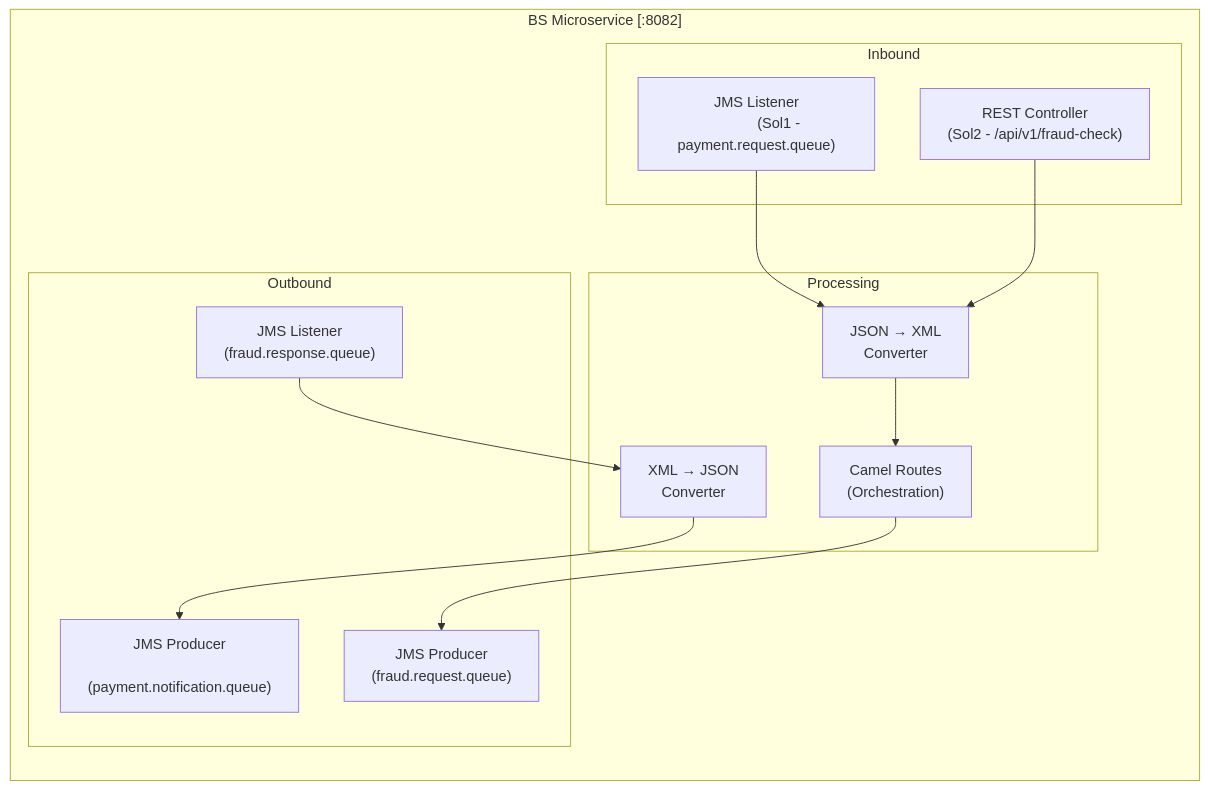
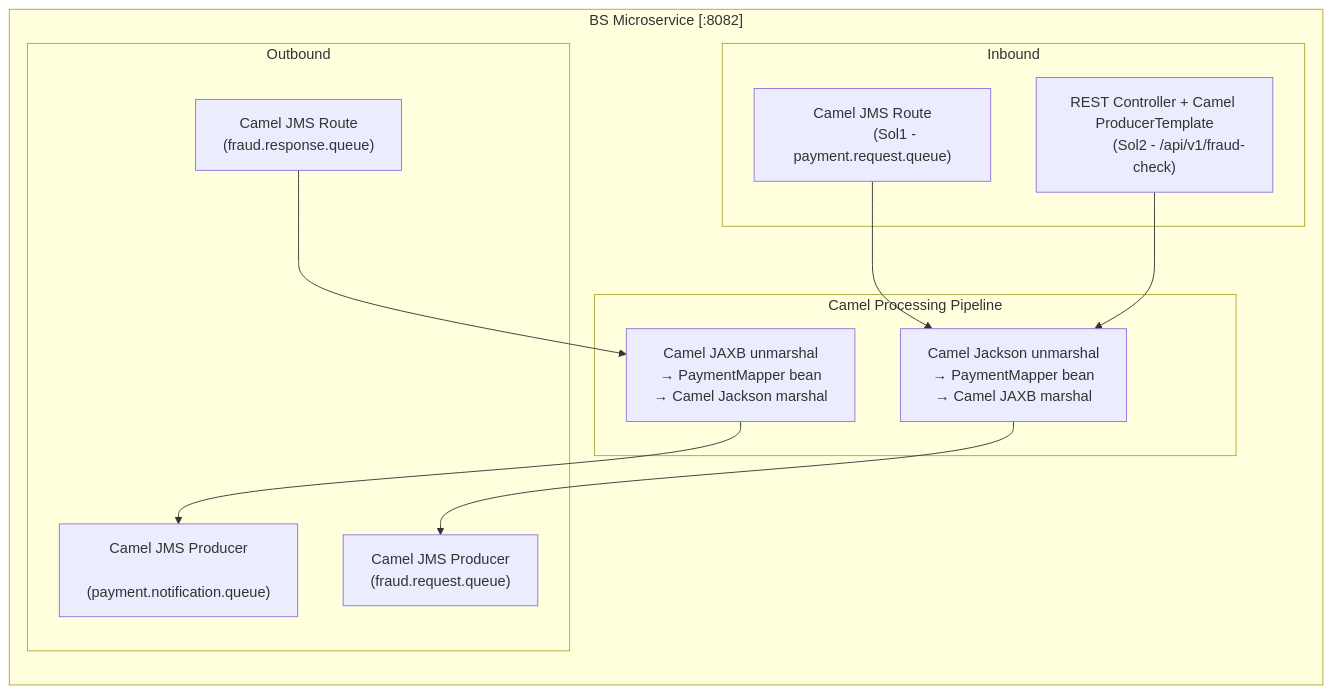
One commit to jayy2kok/poc-ip changed the third of 12 diagrams in docs/architecture.md. Above: the diagram before and after it, drawn with Mermaid. The commit also changed other lines of this file and 12 other files, not shown here.

````diff
--- a/docs/architecture.md
+++ b/docs/architecture.md
@@ -140,38 +143,37 @@
 ```mermaid
 graph TB
     subgraph "BS Microservice [:8082]"
         direction TB
 
         subgraph "Inbound"
-            JMS_IN["JMS Listener
+            JMS_IN["Camel JMS Route
             (Sol1 - payment.request.queue)"]
-            REST_IN["REST Controller
+            REST_IN["REST Controller + Camel ProducerTemplate
             (Sol2 - /api/v1/fraud-check)"]
         end
 
-        subgraph "Processing"
-            J2X["JSON → XML
-            Converter"]
-            X2J["XML → JSON
-            Converter"]
-            ROUTE["Camel Routes
-            (Orchestration)"]
+        subgraph "Camel Processing Pipeline"
+            J2X["Camel Jackson unmarshal
+            → PaymentMapper bean
+            → Camel JAXB marshal"]
+            X2J["Camel JAXB unmarshal
+            → PaymentMapper bean
+            → Camel Jackson marshal"]
         end
 
         subgraph "Outbound"
-            FCS_OUT["JMS Producer
+            FCS_OUT["Camel JMS Producer
             (fraud.request.queue)"]
-            FCS_IN["JMS Listener
+            FCS_IN["Camel JMS Route
             (fraud.response.queue)"]
-            PPS_OUT["JMS Producer
+            PPS_OUT["Camel JMS Producer
             (payment.notification.queue)"]
         end
     end
 
     JMS_IN --> J2X
     REST_IN --> J2X
-    J2X --> ROUTE
-    ROUTE --> FCS_OUT
+    J2X --> FCS_OUT
     FCS_IN --> X2J
     X2J --> PPS_OUT
 ```
````
